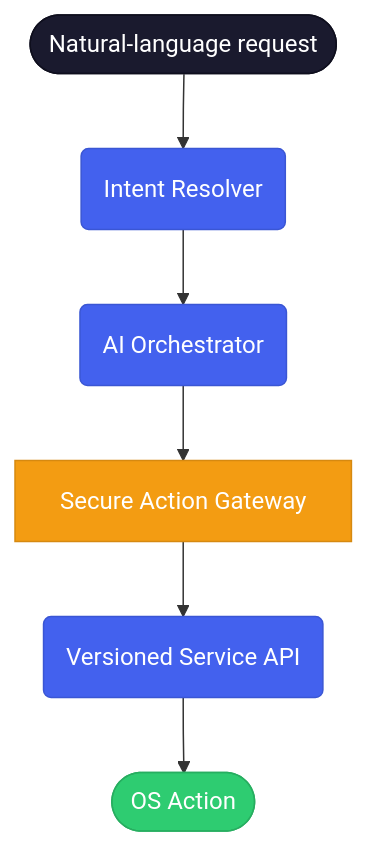
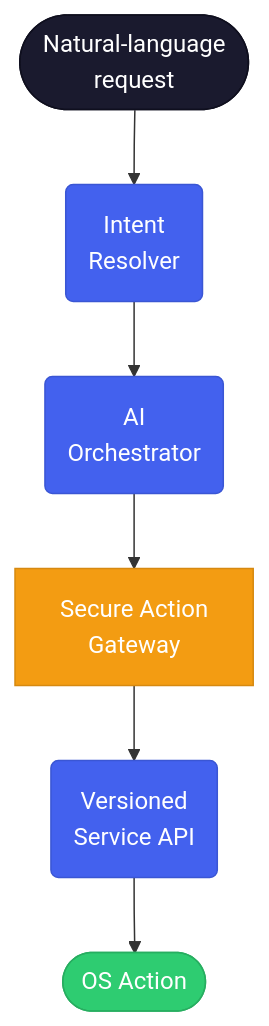
One commit to abalmalvez-lab/AntOS changed the first of 3 diagrams in AntOS-Technical-Documentation-A-Architecture.md. Above: the diagram before and after it, drawn with Mermaid. The commit also changed other lines of this file, not shown here.

Commit message:
docs: aggressively narrow mermaid labels (<=14 chars/line) for GitHub viewport

````diff
--- a/AntOS-Technical-Documentation-A-Architecture.md
+++ b/AntOS-Technical-Documentation-A-Architecture.md
@@ -79,18 +79,18 @@
 ```mermaid
 %%{init: {"flowchart": {"useMaxWidth": true}}}%%
 flowchart TD
     classDef terminal fill:#1a1a2e,stroke:#0f0f1e,color:#fff
     classDef process fill:#4361ee,stroke:#3a56d4,color:#fff
     classDef gateway fill:#f39c12,stroke:#d68910,color:#fff
     classDef action fill:#2ecc71,stroke:#27ae60,color:#fff
 
-    req([Natural-language request]) --> resolver(Intent Resolver)
-    resolver --> orchestrator(AI Orchestrator)
-    orchestrator --> sag[Secure Action Gateway]
-    sag --> api(Versioned Service API)
+    req([Natural-language<br/>request]) --> resolver(Intent<br/>Resolver)
+    resolver --> orchestrator(AI<br/>Orchestrator)
+    orchestrator --> sag[Secure Action<br/>Gateway]
+    sag --> api(Versioned<br/>Service API)
     api --> os([OS Action])
     class req terminal
     class resolver,orchestrator,api process
     class sag gateway
     class os action
 ```
````
